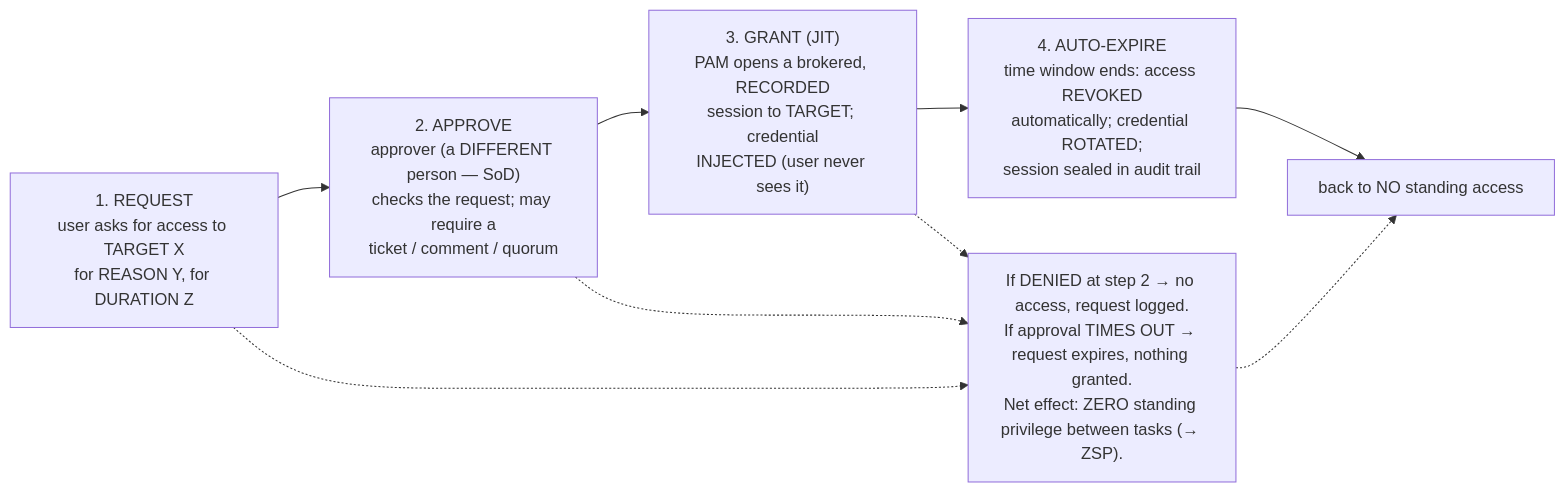
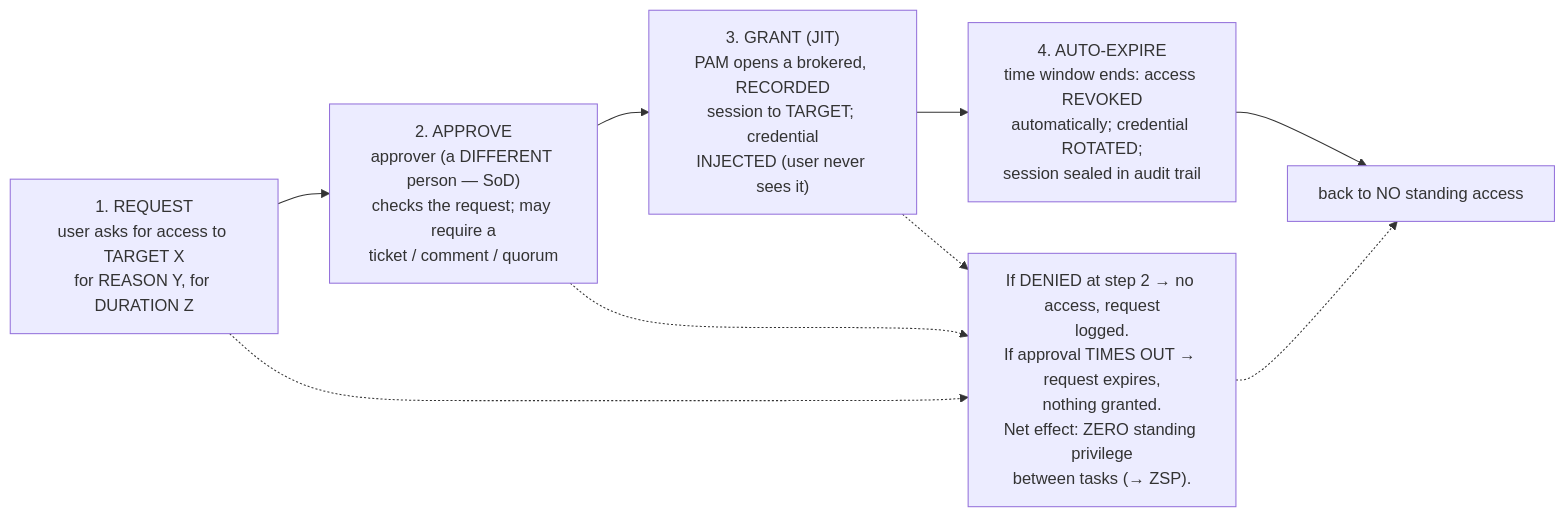
One commit to morandeirachema/WallixCerts changed the second of 3 diagrams in foundations/core-concepts-least-privilege-jit-zero-trust.md. Above: the diagram before and after it, drawn with Mermaid. The commit also changed 37 other files, not shown here.

First line of the commit message:
Make Mermaid node boxes fit their text (wrap long labels) + enforce it

````diff
--- a/foundations/core-concepts-least-privilege-jit-zero-trust.md
+++ b/foundations/core-concepts-least-privilege-jit-zero-trust.md
@@ -173,14 +173,14 @@
 ```mermaid
 flowchart LR
     R["1. REQUEST<br/>user asks for access to TARGET X<br/>for REASON Y, for DURATION Z"]
     A["2. APPROVE<br/>approver (a DIFFERENT person — SoD)<br/>checks the request; may require a<br/>ticket / comment / quorum"]
     G["3. GRANT (JIT)<br/>PAM opens a brokered, RECORDED<br/>session to TARGET; credential<br/>INJECTED (user never sees it)"]
     E["4. AUTO-EXPIRE<br/>time window ends: access REVOKED<br/>automatically; credential ROTATED;<br/>session sealed in audit trail"]
     R --> A --> G --> E
-    Notes["If DENIED at step 2 → no access, request logged.<br/>If approval TIMES OUT → request expires, nothing granted.<br/>Net effect: ZERO standing privilege between tasks (→ ZSP)."]
+    Notes["If DENIED at step 2 → no access, request<br/>logged.<br/>If approval TIMES OUT → request expires,<br/>nothing granted.<br/>Net effect: ZERO standing privilege<br/>between tasks (→ ZSP)."]
     R -.-> Notes
     A -.-> Notes
     G -.-> Notes
     E --> Back["back to NO standing access"]
     Notes -.-> Back
 ```
````
